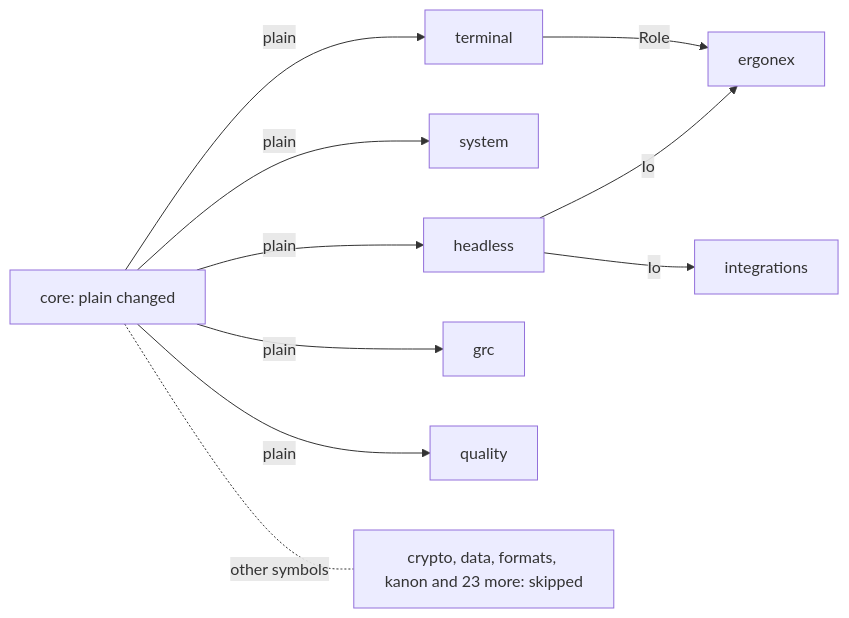
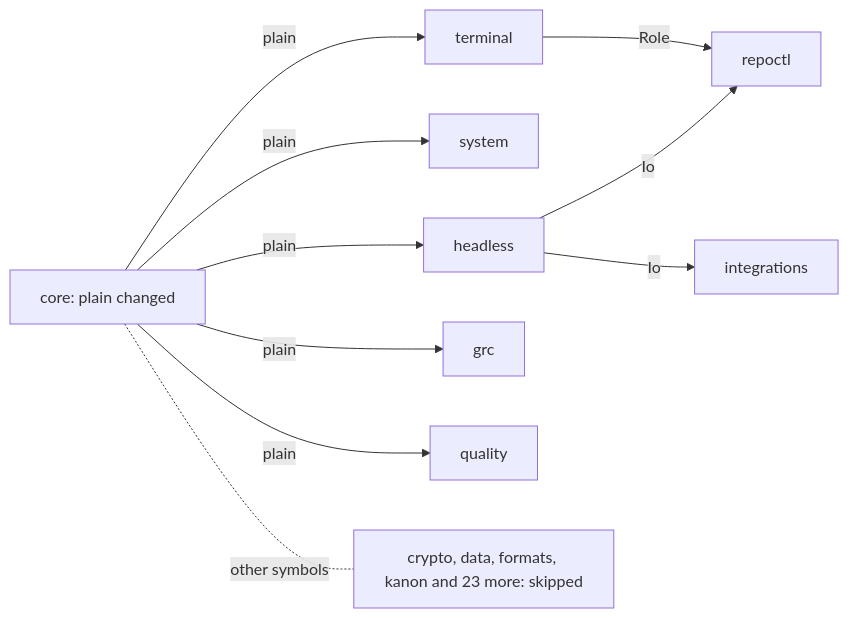
Before and after one commit to intellectual-frontiers/.github: the fourth of 5 diagrams in commons/docs/guides/proof-by-blast-radius.md, drawn with Mermaid. The commit also changed other lines of this file and 286 other files, not shown here.

````diff
--- a/commons/docs/guides/proof-by-blast-radius.md
+++ b/commons/docs/guides/proof-by-blast-radius.md
@@ -131,12 +131,12 @@
 ```mermaid
 flowchart LR
   core["core: plain changed"] -->|plain| headless["headless"]
   core -->|plain| system["system"]
   core -->|plain| terminal["terminal"]
   core -->|plain| grc["grc"]
   core -->|plain| quality["quality"]
-  headless -->|Io| ergonex["ergonex"]
+  headless -->|Io| repoctl["repoctl"]
   headless -->|Io| integrations["integrations"]
-  terminal -->|Role| ergonex
+  terminal -->|Role| repoctl
   core -.-|other symbols| crypto["crypto, data, formats, kanon and 23 more: skipped"]
 ```
````
